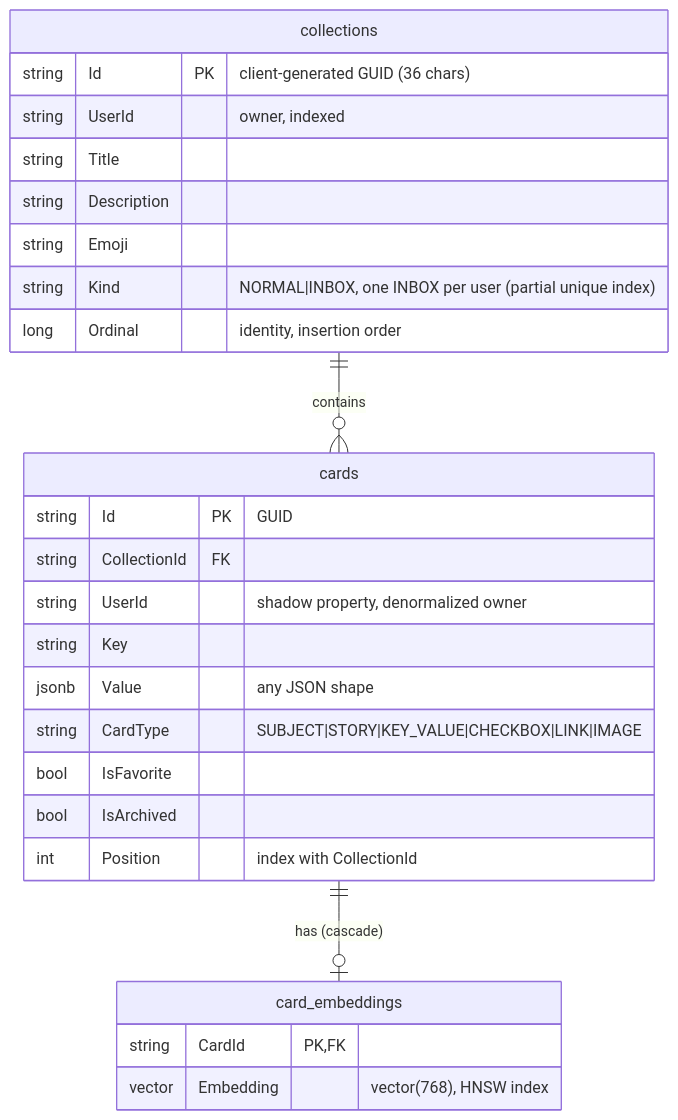
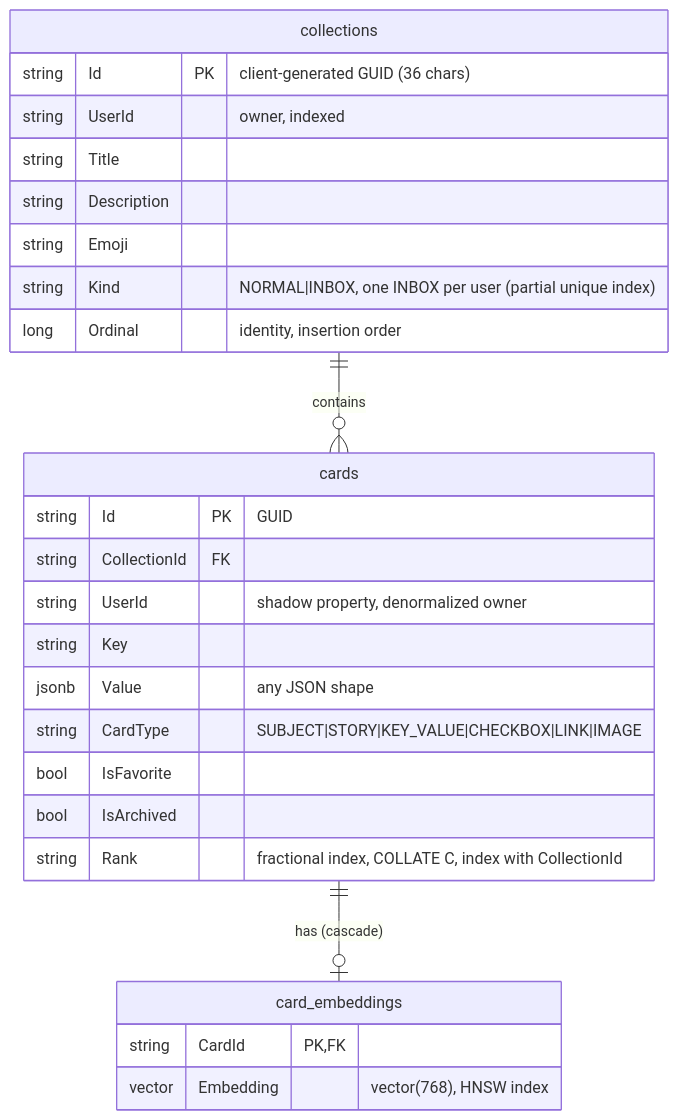
The second of 3 diagrams in CollectionsDB/README.md (Assaviv/CollectionsProject), drawn with Mermaid before and after one commit. The commit also changed other lines of this file and 38 other files, not shown here.

````diff
--- a/CollectionsDB/README.md
+++ b/CollectionsDB/README.md
@@ -44,30 +44,30 @@
 ```mermaid
 erDiagram
     collections ||--o{ cards : contains
     cards ||--o| card_embeddings : "has (cascade)"
 
     collections {
         string Id PK "client-generated GUID (36 chars)"
         string UserId "owner, indexed"
         string Title
         string Description
         string Emoji
         string Kind "NORMAL|INBOX, one INBOX per user (partial unique index)"
         long Ordinal "identity, insertion order"
     }
     cards {
         string Id PK "GUID"
         string CollectionId FK
         string UserId "shadow property, denormalized owner"
         string Key
         jsonb Value "any JSON shape"
         string CardType "SUBJECT|STORY|KEY_VALUE|CHECKBOX|LINK|IMAGE"
         bool IsFavorite
         bool IsArchived
-        int Position "index with CollectionId"
+        string Rank "fractional index, COLLATE C, index with CollectionId"
     }
     card_embeddings {
         string CardId PK,FK
         vector Embedding "vector(768), HNSW index"
     }
 ```
````
